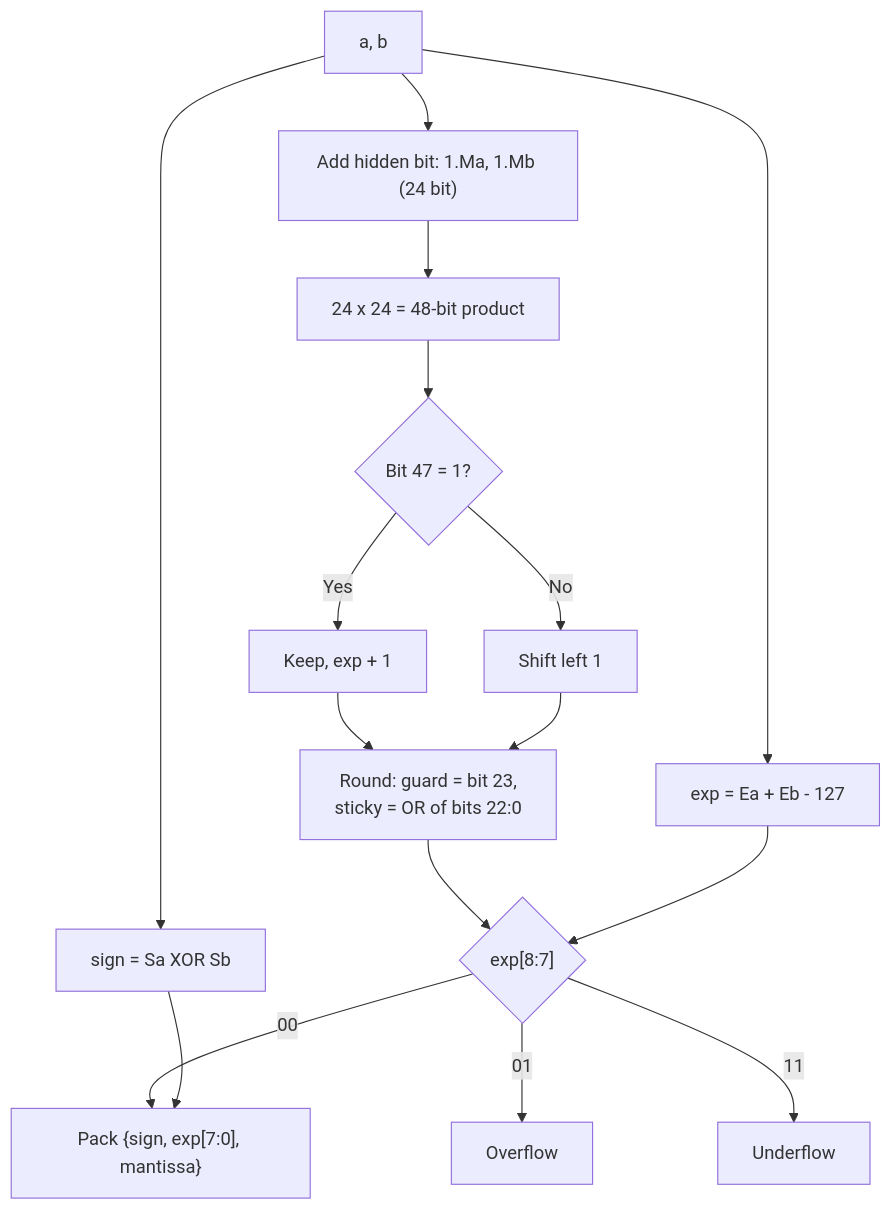
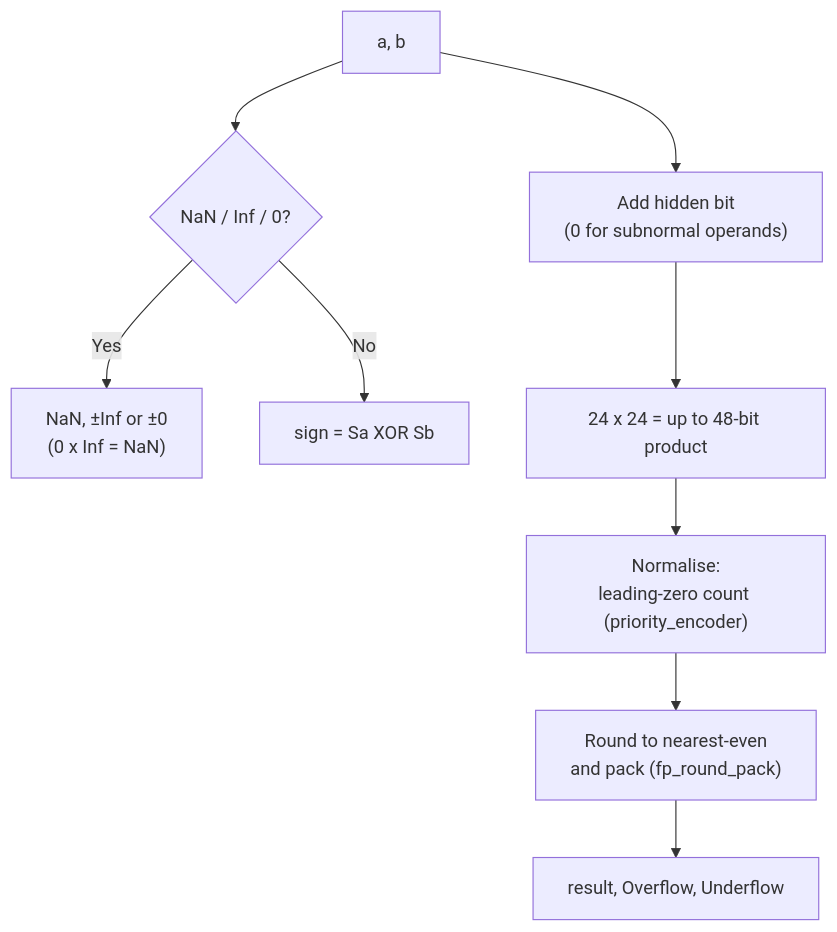
One commit to tdviet2011/ALU-PLOATING-POINT changed the fourth of 6 diagrams in README.md. Above: the diagram before and after it, drawn with Mermaid. The commit also changed other lines of this file and 16 other files, not shown here.

````diff
--- a/README.md
+++ b/README.md
@@ -124,18 +125,11 @@
 ```mermaid
 flowchart TD
-    IN["a, b"] --> S["sign = Sa XOR Sb"]
-    IN --> HID["Add hidden bit: 1.Ma, 1.Mb (24 bit)"]
-    IN --> EXP["exp = Ea + Eb - 127"]
-    HID --> MULT["24 x 24 = 48-bit product"]
-    MULT --> NRM{"Bit 47 = 1?"}
-    NRM -->|Yes| N1["Keep, exp + 1"]
-    NRM -->|No| N2["Shift left 1"]
-    N1 --> RND["Round: guard = bit 23,<br/>sticky = OR of bits 22:0"]
-    N2 --> RND
-    RND --> CHK{"exp[8:7]"}
-    EXP --> CHK
-    CHK -->|"01"| OVF["Overflow"]
-    CHK -->|"11"| UNF["Underflow"]
-    CHK -->|"00"| PACK["Pack {sign, exp[7:0], mantissa}"]
-    S --> PACK
+    IN["a, b"] --> SPC{"NaN / Inf / 0?"}
+    SPC -->|Yes| SPCOUT["NaN, ±Inf or ±0<br/>(0 x Inf = NaN)"]
+    SPC -->|No| S["sign = Sa XOR Sb"]
+    IN --> HID["Add hidden bit<br/>(0 for subnormal operands)"]
+    HID --> MULT["24 x 24 = up to 48-bit product"]
+    MULT --> NORM["Normalise:<br/>leading-zero count (priority_encoder)"]
+    NORM --> RND["Round to nearest-even<br/>and pack (fp_round_pack)"]
+    RND --> RES["result, Overflow, Underflow"]
 ```
````
